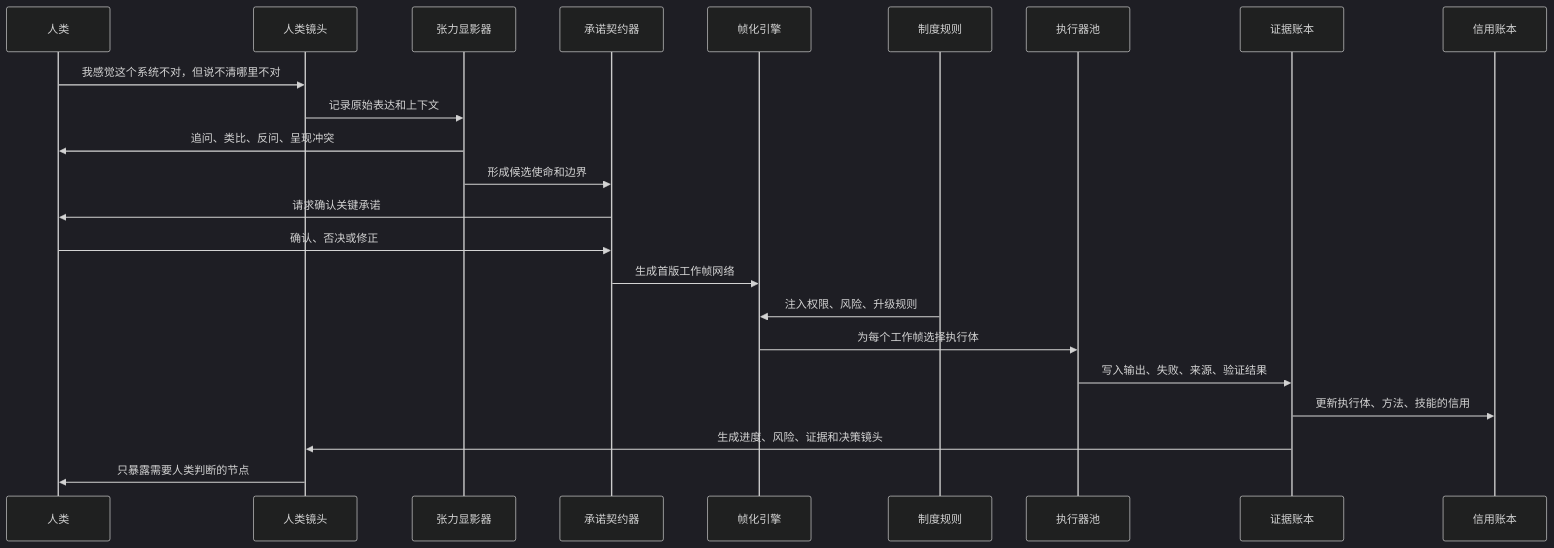
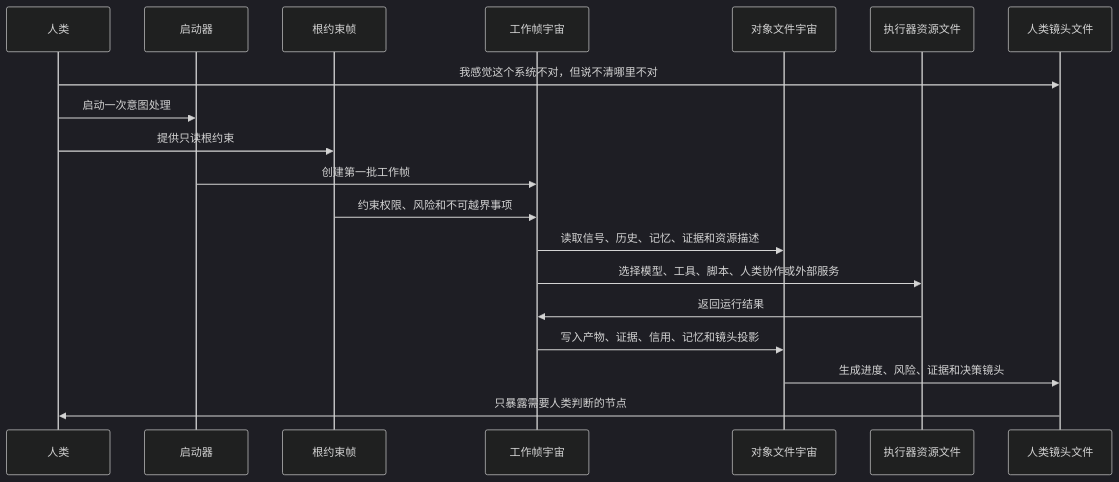
One commit to tiachuaxiyashua/cyber-editor changed the fifth of 10 diagrams in truth/06-人工智能软件社会帧元架构导览.md. Above: the diagram before and after it, drawn with Mermaid (dark theme). The commit also changed other lines of this file, not shown here.

````diff
--- a/truth/06-人工智能软件社会帧元架构导览.md
+++ b/truth/06-人工智能软件社会帧元架构导览.md
@@ -343,26 +404,22 @@
 ```mermaid
 sequenceDiagram
   participant 人 as 人类
-  participant 镜 as 人类镜头
-  participant 张 as 张力显影器
-  participant 契 as 承诺契约器
-  participant 帧 as 帧化引擎
-  participant 规 as 制度规则
-  participant 执 as 执行器池
-  participant 证 as 证据账本
-  participant 信 as 信用账本
+  participant 启 as 启动器
+  participant 根 as 根约束帧
+  participant 帧 as 工作帧宇宙
+  participant 对 as 对象文件宇宙
+  participant 执 as 执行器资源文件
+  participant 镜 as 人类镜头文件
 
   人->>镜: 我感觉这个系统不对，但说不清哪里不对
-  镜->>张: 记录原始表达和上下文
-  张->>人: 追问、类比、反问、呈现冲突
-  张->>契: 形成候选使命和边界
-  契->>人: 请求确认关键承诺
-  人->>契: 确认、否决或修正
-  契->>帧: 生成首版工作帧网络
-  规->>帧: 注入权限、风险、升级规则
-  帧->>执: 为每个工作帧选择执行体
-  执->>证: 写入输出、失败、来源、验证结果
-  证->>信: 更新执行体、方法、技能的信用
-  证->>镜: 生成进度、风险、证据和决策镜头
+  人->>启: 启动一次意图处理
+  人->>根: 提供只读根约束
+  启->>帧: 创建第一批工作帧
+  根->>帧: 约束权限、风险和不可越界事项
+  帧->>对: 读取信号、历史、记忆、证据和资源描述
+  帧->>执: 选择模型、工具、脚本、人类协作或外部服务
+  执->>帧: 返回运行结果
+  帧->>对: 写入产物、证据、信用、记忆和镜头投影
+  对->>镜: 生成进度、风险、证据和决策镜头
   镜->>人: 只暴露需要人类判断的节点
 ```
````
